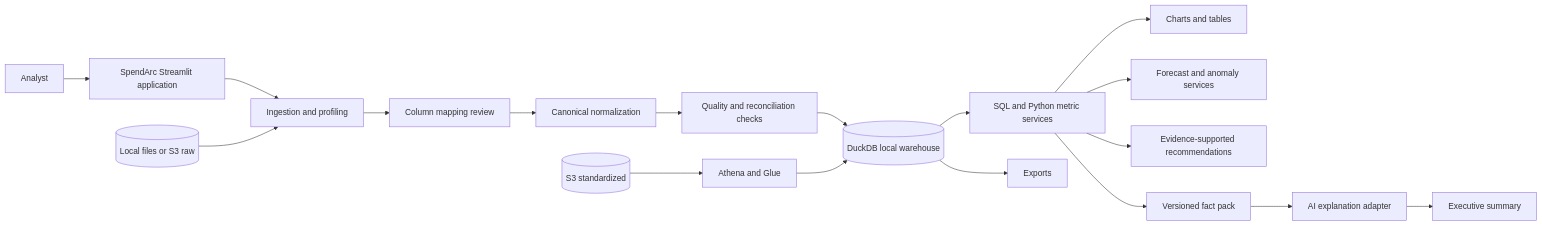
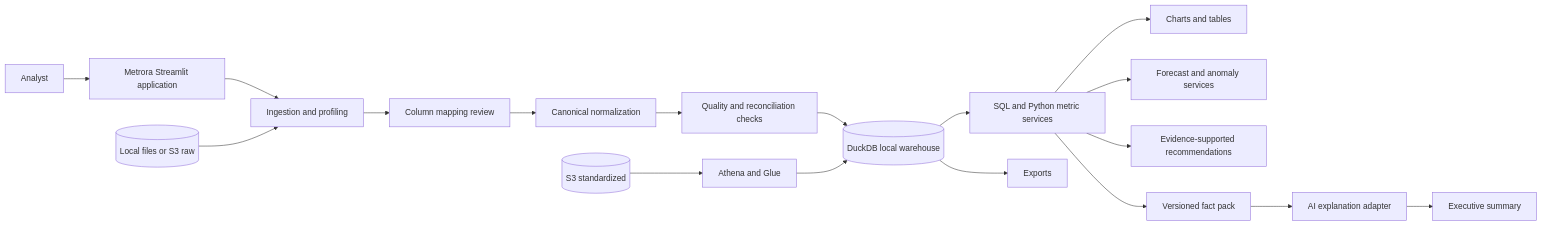
The diagram in docs/PROJECT_PLAN.md (ndomathoti16-create/Metrora), drawn with Mermaid before and after one commit. The commit also changed other lines of this file and 42 other files, not shown here.

Commit message:
Rebrand SpendArc as Metrora and add deployment setup

````diff
--- a/docs/PROJECT_PLAN.md
+++ b/docs/PROJECT_PLAN.md
@@ -124,20 +124,20 @@
 ```mermaid
 flowchart LR
-    U[Analyst] --> UI[SpendArc Streamlit application]
+    U[Analyst] --> UI[Metrora Streamlit application]
     UI --> ING[Ingestion and profiling]
     ING --> MAP[Column mapping review]
     MAP --> NORM[Canonical normalization]
     NORM --> Q[Quality and reconciliation checks]
     Q --> WH[(DuckDB local warehouse)]
     WH --> MET[SQL and Python metric services]
     MET --> VIZ[Charts and tables]
     MET --> FC[Forecast and anomaly services]
     MET --> REC[Evidence-supported recommendations]
     MET --> FP[Versioned fact pack]
     FP --> AI[AI explanation adapter]
     AI --> SUM[Executive summary]
     WH --> EXP[Exports]
     RAW[(Local files or S3 raw)] --> ING
     S3[(S3 standardized)] --> ATH[Athena and Glue]
     ATH --> WH
 ```
````
